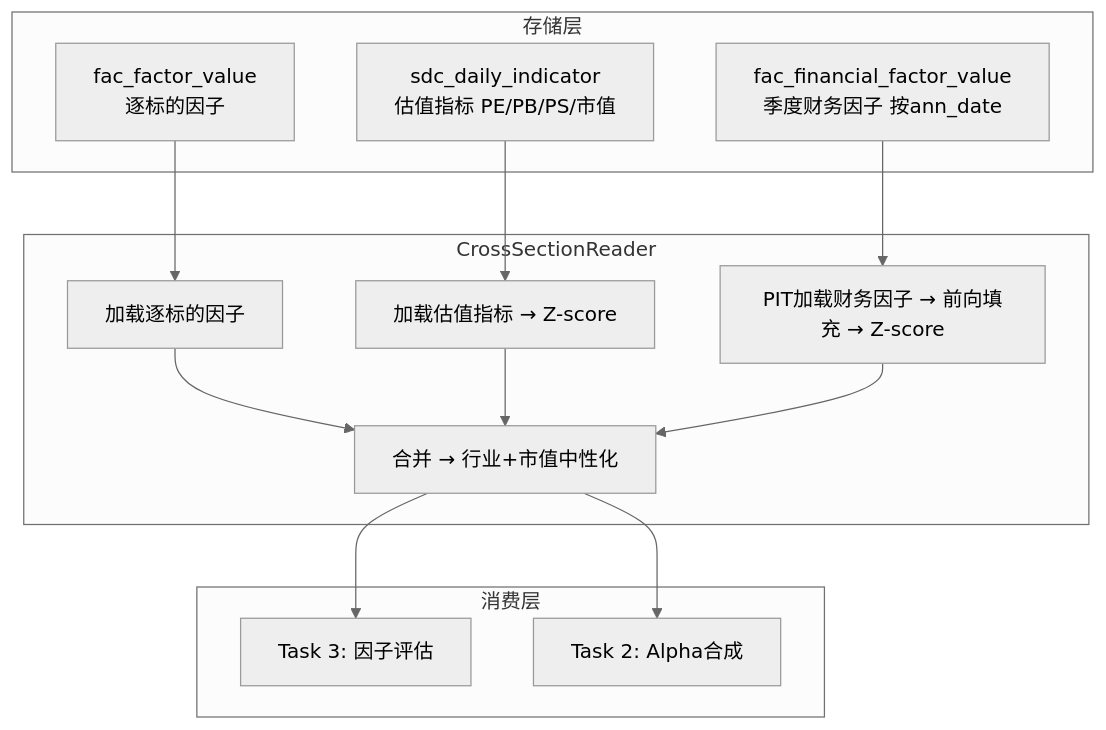
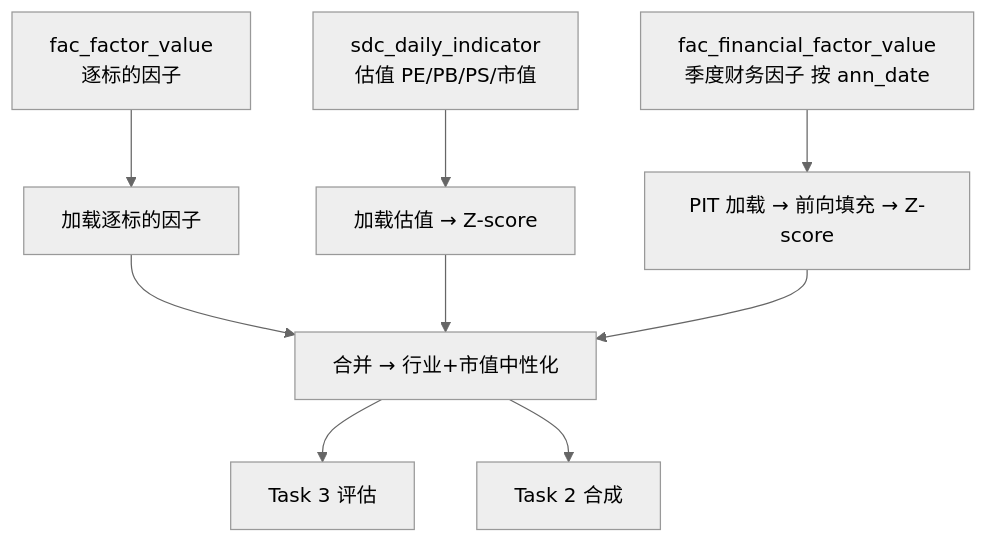
One commit to bitiany/xq-trader changed the second of 3 diagrams in docs/factor-architecture.md. Above: the diagram before and after it, drawn with Mermaid (neutral theme). The commit also changed other lines of this file and 24 other files, not shown here.

````diff
--- a/docs/factor-architecture.md
+++ b/docs/factor-architecture.md
@@ -231,23 +186,11 @@
 ```mermaid
 flowchart TD
-    subgraph "存储层"
-        FV[fac_factor_value<br/>逐标的因子]
-        DI[sdc_daily_indicator<br/>估值指标 PE/PB/PS/市值]
-        FFV[fac_financial_factor_value<br/>季度财务因子 按ann_date]
-    end
-    subgraph "CrossSectionReader"
-        LOAD_TS[加载逐标的因子]
-        LOAD_VAL[加载估值指标 → Z-score]
-        LOAD_FIN[PIT加载财务因子 → 前向填充 → Z-score]
-        NEUT[合并 → 行业+市值中性化]
-    end
-    subgraph "消费层"
-        EVAL[Task 3: 因子评估]
-        SYNTH[Task 2: Alpha合成]
-    end
-    FV --> LOAD_TS --> NEUT
-    DI --> LOAD_VAL --> NEUT
-    FFV --> LOAD_FIN --> NEUT
-    NEUT --> EVAL
-    NEUT --> SYNTH
+    FV[fac_factor_value<br/>逐标的因子] --> LOAD_TS[加载逐标的因子]
+    DI[sdc_daily_indicator<br/>估值 PE/PB/PS/市值] --> LOAD_VAL[加载估值 → Z-score]
+    FFV[fac_financial_factor_value<br/>季度财务因子 按 ann_date] --> LOAD_FIN[PIT 加载 → 前向填充 → Z-score]
+    LOAD_TS --> NEUT[合并 → 行业+市值中性化]
+    LOAD_VAL --> NEUT
+    LOAD_FIN --> NEUT
+    NEUT --> EVAL[Task 3 评估]
+    NEUT --> SYNTH[Task 2 合成]
 ```
````
